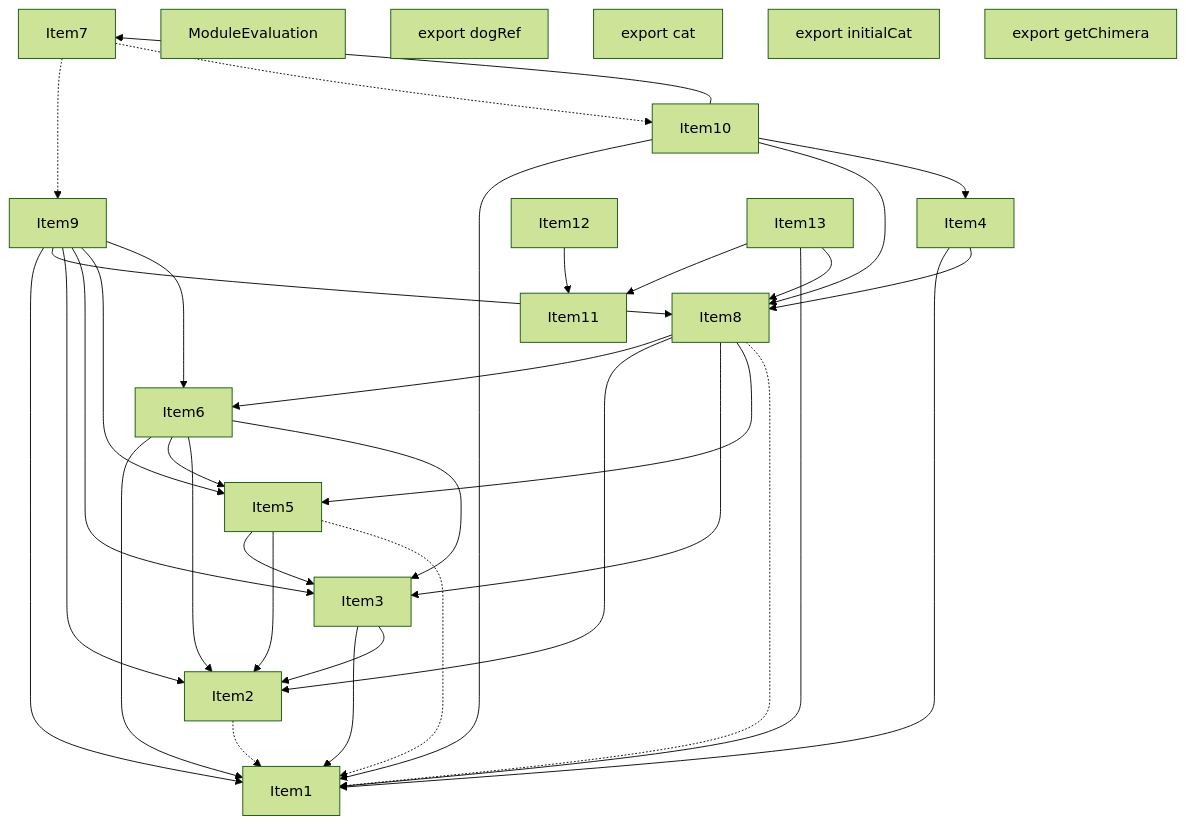
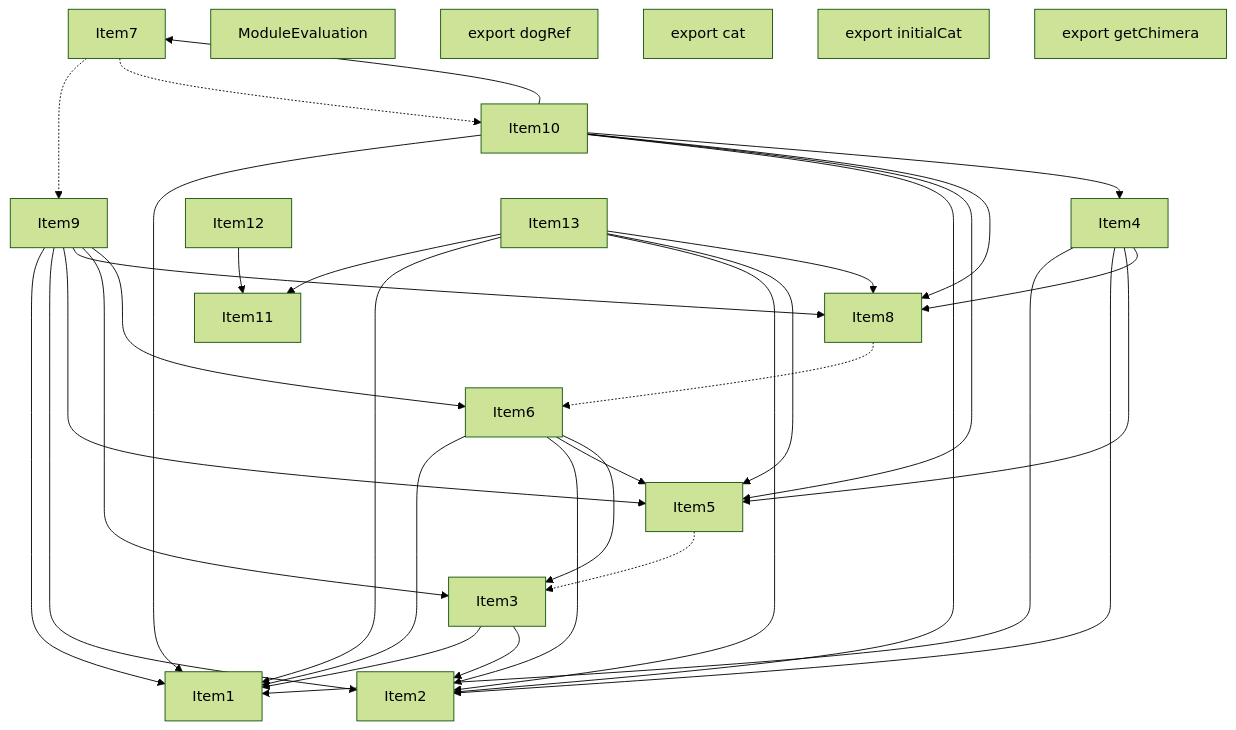
One commit to vercel/turborepo changed the third of 5 diagrams in crates/turbopack-ecmascript/tests/tree-shaker/analyzer/complex/output.md. Above: the diagram before and after it, drawn with Mermaid (forest theme). The commit also changed other lines of this file and 12 other files, not shown here.

````diff
--- a/crates/turbopack-ecmascript/tests/tree-shaker/analyzer/complex/output.md
+++ b/crates/turbopack-ecmascript/tests/tree-shaker/analyzer/complex/output.md
@@ -234,59 +226,58 @@
 ```mermaid
 graph TD
     Item1;
     Item2;
     Item3;
     Item4;
     Item5;
     Item6;
     Item7;
     Item8;
     Item9;
     Item10;
     Item11;
     Item12;
     Item13;
     Item14;
     Item14["ModuleEvaluation"];
     Item15;
     Item15["export dogRef"];
     Item16;
     Item16["export cat"];
     Item17;
     Item17["export initialCat"];
     Item18;
     Item18["export getChimera"];
-    Item2 -.-> Item1;
     Item3 --> Item1;
     Item3 --> Item2;
-    Item5 --> Item3;
-    Item5 --> Item2;
-    Item5 -.-> Item1;
+    Item5 -.-> Item3;
     Item6 --> Item1;
+    Item6 --> Item2;
     Item6 --> Item5;
-    Item6 --> Item2;
     Item6 --> Item3;
-    Item8 --> Item6;
-    Item8 --> Item2;
-    Item8 --> Item3;
-    Item8 --> Item5;
-    Item8 -.-> Item1;
+    Item8 -.-> Item6;
     Item9 --> Item1;
+    Item9 --> Item2;
+    Item9 --> Item5;
     Item9 --> Item8;
-    Item9 --> Item2;
     Item9 --> Item3;
-    Item9 --> Item5;
     Item9 --> Item6;
     Item10 --> Item1;
+    Item10 --> Item2;
+    Item10 --> Item5;
     Item10 --> Item8;
     Item10 --> Item4;
     Item10 --> Item7;
     Item12 --> Item11;
     Item4 --> Item1;
+    Item4 --> Item2;
+    Item4 --> Item5;
     Item4 --> Item8;
     Item7 -.-> Item9;
     Item7 -.-> Item10;
     Item13 --> Item11;
     Item13 --> Item1;
+    Item13 --> Item2;
+    Item13 --> Item5;
     Item13 --> Item8;
 ```
````
